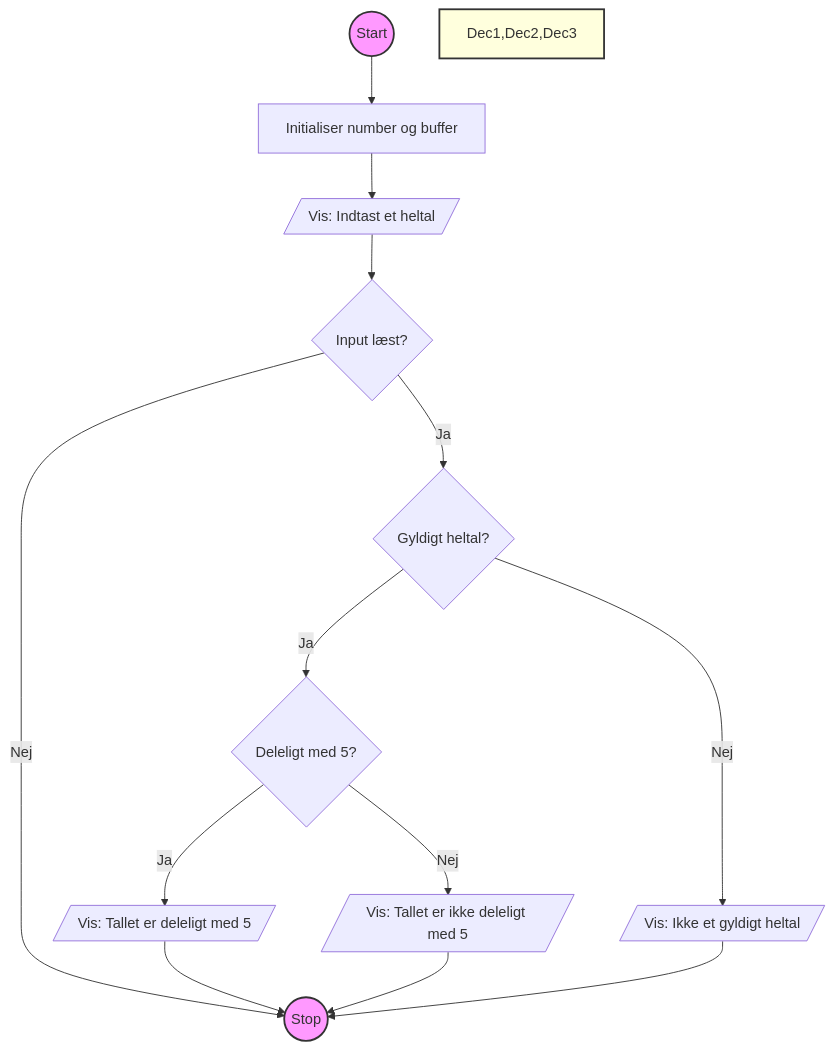
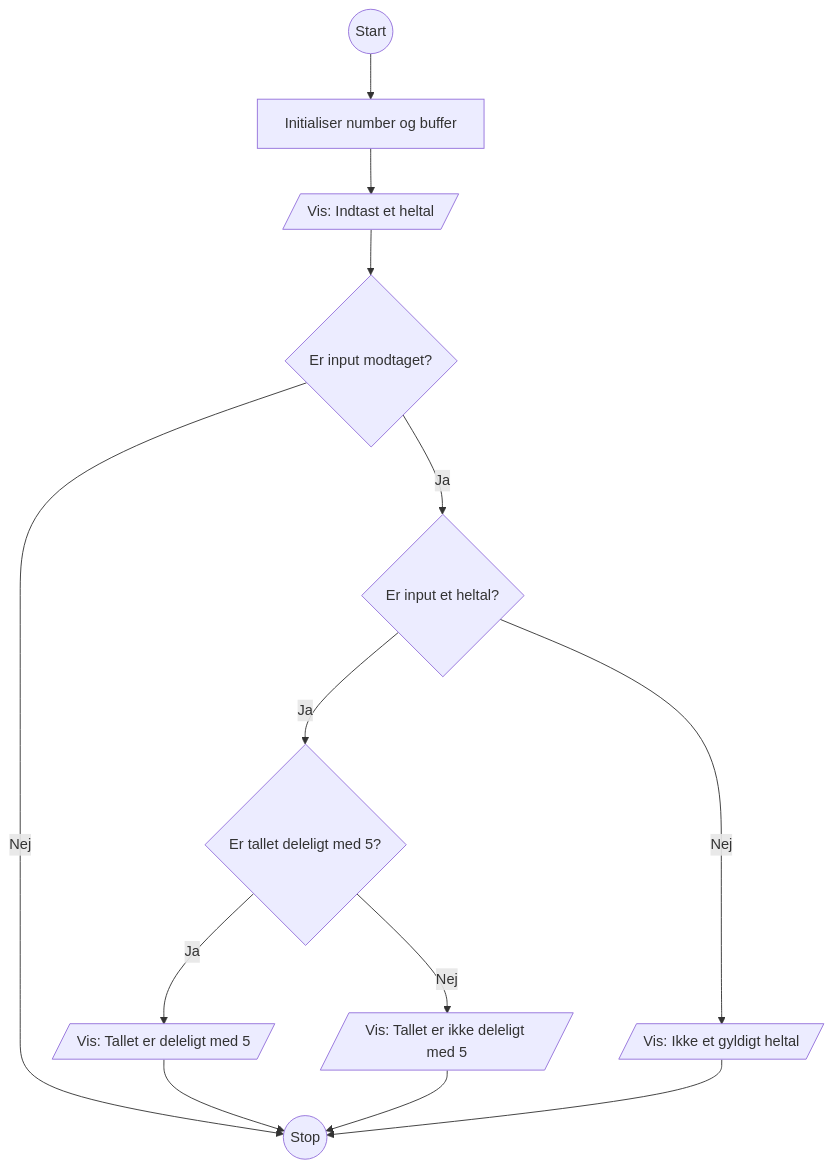
One commit to FR3T0T/DTU_C_PROGRAMMING changed the diagram in Opgave 1/opgave_1c/flow chart.md. Above: the diagram before and after it, drawn with Mermaid.

Commit message:
Update flow chart.md

````diff
--- a/Opgave 1/opgave_1c/flow chart.md
+++ b/Opgave 1/opgave_1c/flow chart.md
@@ -1,30 +1,26 @@
 ```mermaid
 flowchart TD
     Start((Start))
     Init[Initialiser number og buffer]
     Input[/Vis: Indtast et heltal/]
-    Dec1{Input læst?}
-    Dec2{Gyldigt heltal?}
-    Dec3{Deleligt med 5?}
+    Check1{Er input modtaget?}
+    Check2{Er input et heltal?}
+    Check3{Er tallet deleligt med 5?}
     Out1[/Vis: Tallet er deleligt med 5/]
     Out2[/Vis: Tallet er ikke deleligt med 5/]
     Err[/Vis: Ikke et gyldigt heltal/]
     End((Stop))
 
     Start --> Init
     Init --> Input
-    Input --> Dec1
-    Dec1 -->|Ja| Dec2
-    Dec1 -->|Nej| End
-    Dec2 -->|Ja| Dec3
-    Dec2 -->|Nej| Err
-    Dec3 -->|Ja| Out1
-    Dec3 -->|Nej| Out2
+    Input --> Check1
+    Check1 -->|Ja| Check2
+    Check1 -->|Nej| End
+    Check2 -->|Ja| Check3
+    Check2 -->|Nej| Err
+    Check3 -->|Ja| Out1
+    Check3 -->|Nej| Out2
     Out1 --> End
     Out2 --> End
     Err --> End
-
-    style Start fill:#f9f,stroke:#333,stroke-width:2px
-    style End fill:#f9f,stroke:#333,stroke-width:2px
-    style Dec1,Dec2,Dec3 fill:#ffd,stroke:#333,stroke-width:2px
 ```
````
